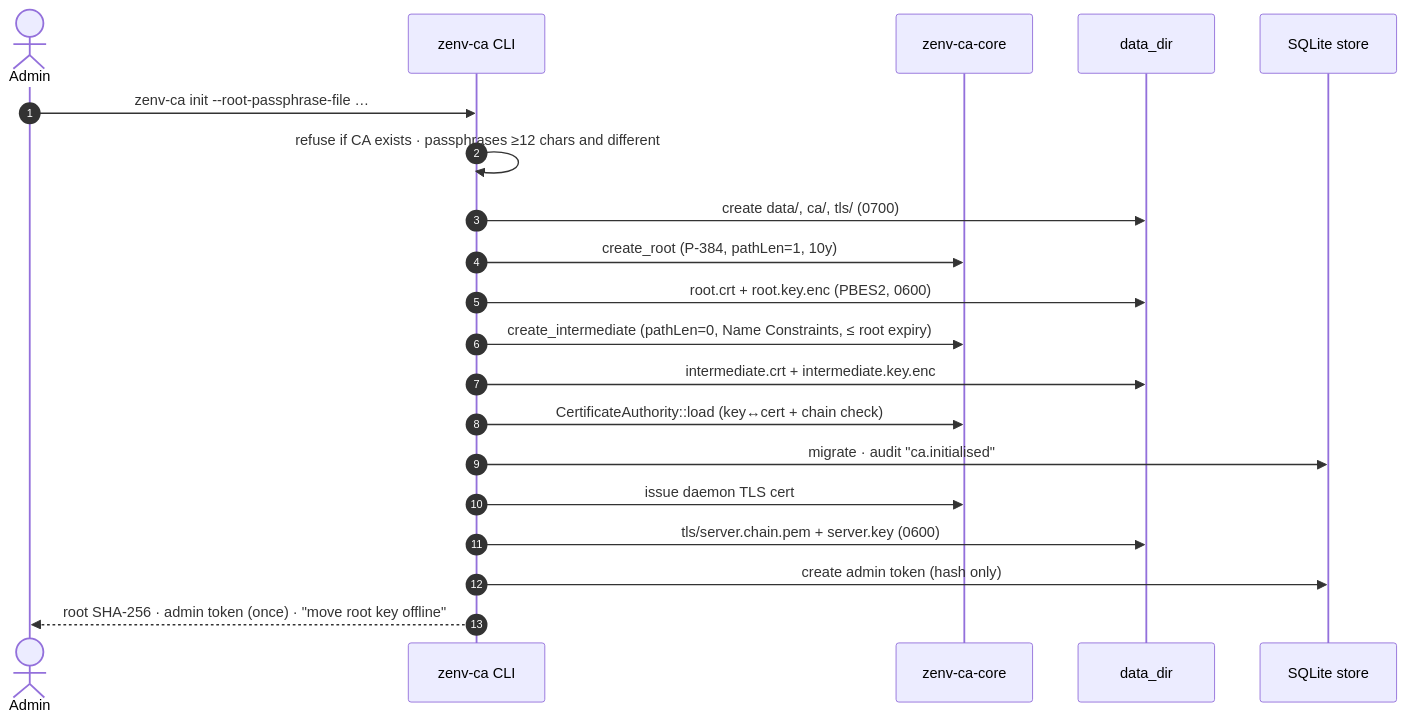
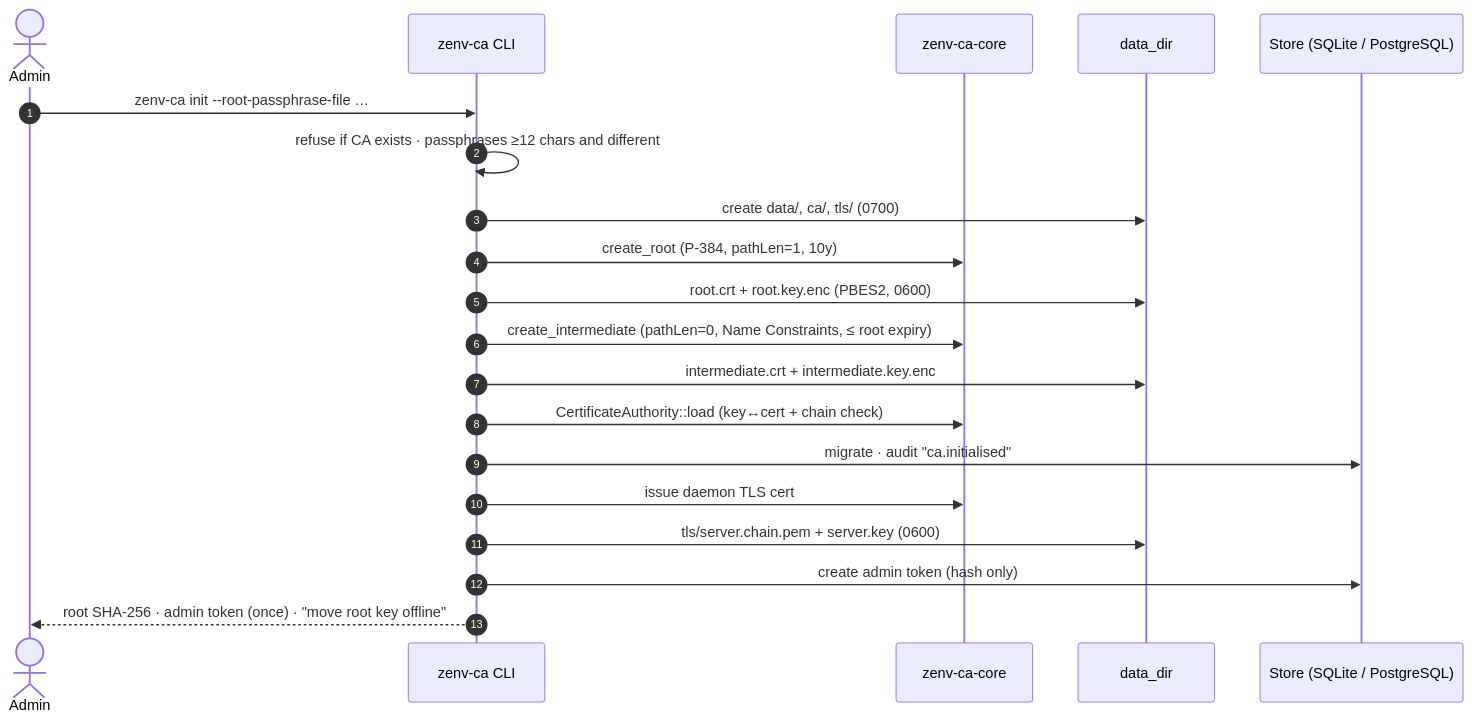
One commit to d-subrahmanyam/zenv-cert-authority changed the first of 7 diagrams in docs/flows.md. Above: the diagram before and after it, drawn with Mermaid. The commit also changed 52 other files, not shown here.

First line of the commit message:
Make storage pluggable (SQLite + PostgreSQL) and add per-crate READMEs

````diff
--- a/docs/flows.md
+++ b/docs/flows.md
@@ -15,22 +15,22 @@
 ```mermaid
 sequenceDiagram
     autonumber
     actor Admin
     participant CLI as zenv-ca CLI
     participant Core as zenv-ca-core
     participant FS as data_dir
-    participant DB as SQLite store
+    participant DB as Store (SQLite / PostgreSQL)
     Admin->>CLI: zenv-ca init --root-passphrase-file …
     CLI->>CLI: refuse if CA exists · passphrases ≥12 chars and different
     CLI->>FS: create data/, ca/, tls/ (0700)
     CLI->>Core: create_root (P-384, pathLen=1, 10y)
     CLI->>FS: root.crt + root.key.enc (PBES2, 0600)
     CLI->>Core: create_intermediate (pathLen=0, Name Constraints, ≤ root expiry)
     CLI->>FS: intermediate.crt + intermediate.key.enc
     CLI->>Core: CertificateAuthority::load (key↔cert + chain check)
     CLI->>DB: migrate · audit "ca.initialised"
     CLI->>Core: issue daemon TLS cert
     CLI->>FS: tls/server.chain.pem + server.key (0600)
     CLI->>DB: create admin token (hash only)
     CLI-->>Admin: root SHA-256 · admin token (once) · "move root key offline"
 ```
````
